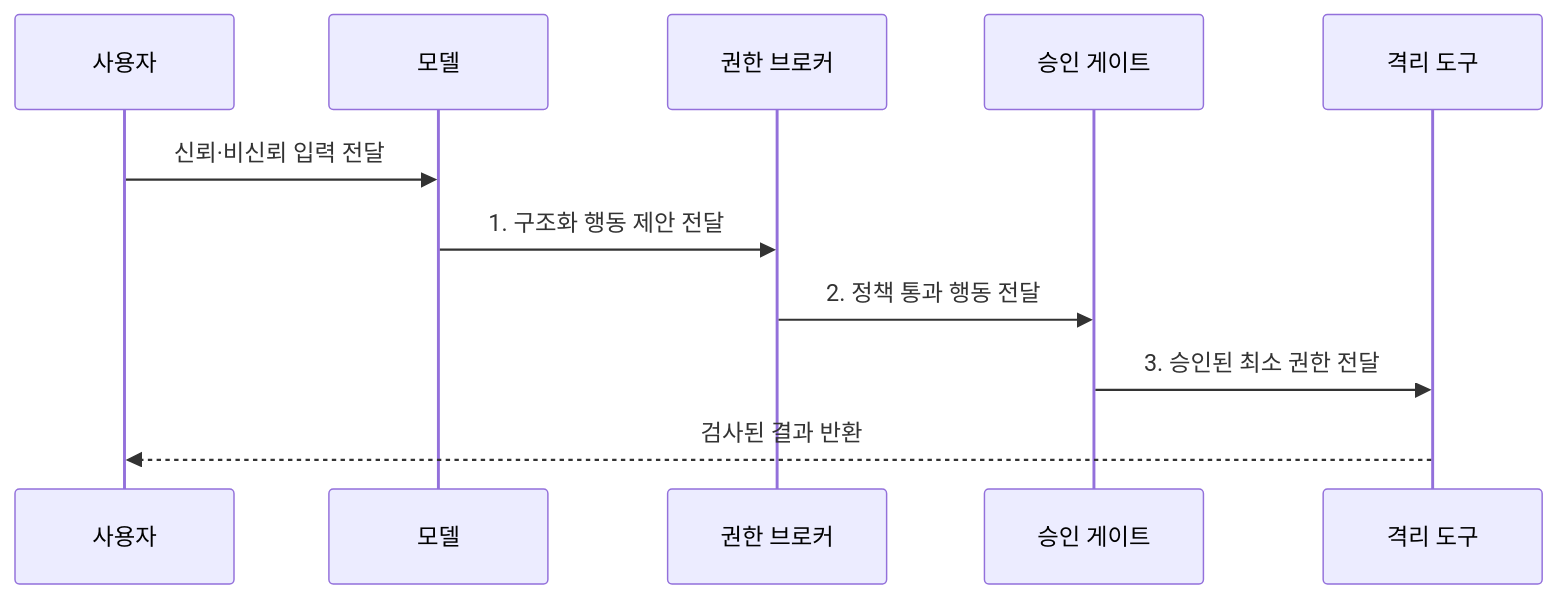
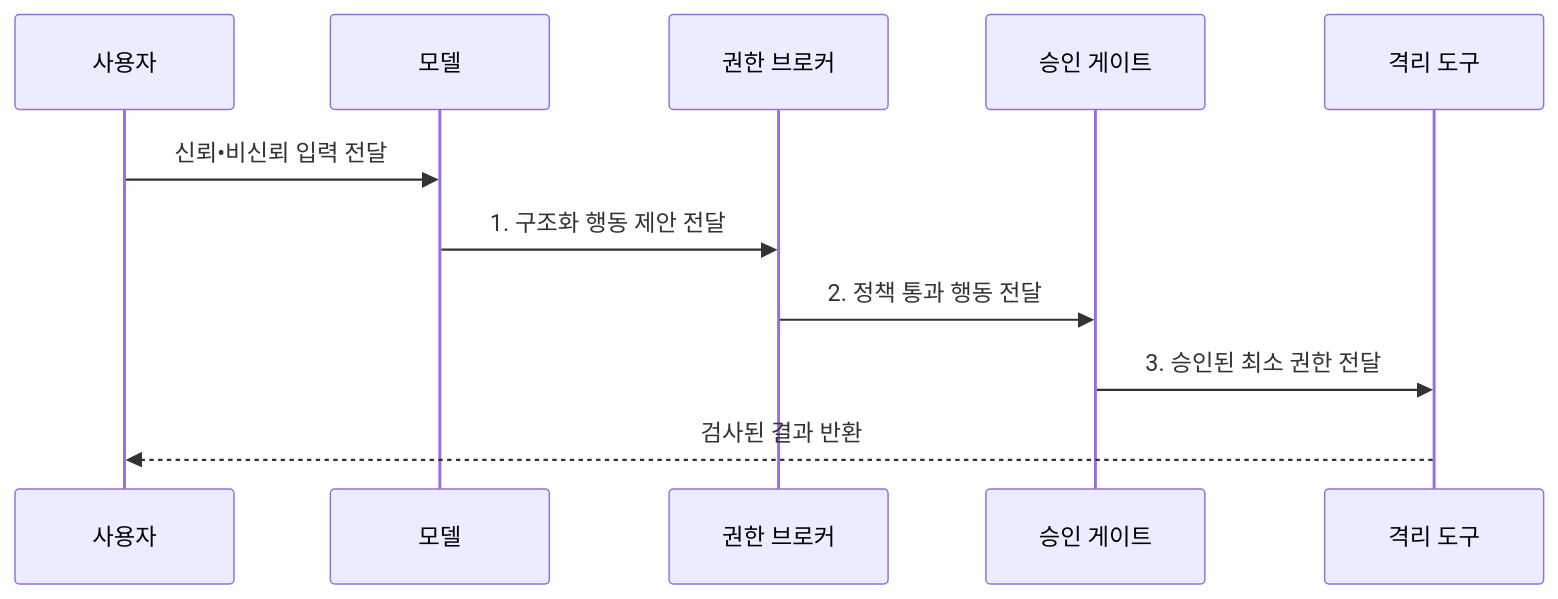
One commit to agnusdei1207/knowledge-base changed the second of 2 diagrams in src/content/docs/notes/08-latest-tech/116_prompt_injection.md. Above: the diagram before and after it, drawn with Mermaid. The commit also changed other lines of this file and 953 other files, not shown here.

````diff
--- a/src/content/docs/notes/08-latest-tech/116_prompt_injection.md
+++ b/src/content/docs/notes/08-latest-tech/116_prompt_injection.md
@@ -103,13 +103,13 @@
 ```mermaid
 sequenceDiagram
     participant U as 사용자
     participant M as 모델
     participant B as 권한 브로커
     participant G as 승인 게이트
     participant T as 격리 도구
-    U->>M: 신뢰·비신뢰 입력 전달
+    U->>M: 신뢰•비신뢰 입력 전달
     M->>B: 1. 구조화 행동 제안 전달
     B->>G: 2. 정책 통과 행동 전달
     G->>T: 3. 승인된 최소 권한 전달
     T-->>U: 검사된 결과 반환
 ```
````
